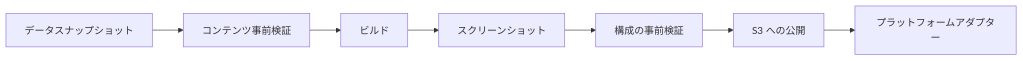
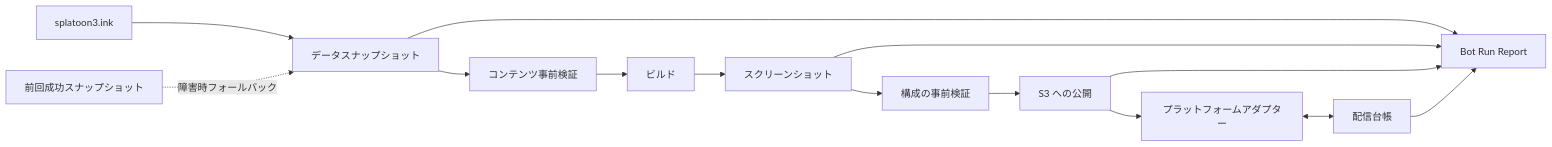
One commit to TenviLi/splatoon3-bot changed the first of 2 diagrams in README.ja.md. Above: the diagram before and after it, drawn with Mermaid. The commit also changed other lines of this file and 56 other files, not shown here.

````diff
--- a/README.ja.md
+++ b/README.ja.md
@@ -206,9 +206,16 @@
 ```mermaid
 flowchart LR
-  snapshot["データスナップショット"] --> content["コンテンツ事前検証"]
+  upstream["splatoon3.ink"] --> snapshot["データスナップショット"]
+  lastGood["前回成功スナップショット"] -. "障害時フォールバック" .-> snapshot
+  snapshot --> content["コンテンツ事前検証"]
   content --> build["ビルド"]
   build --> screenshots["スクリーンショット"]
   screenshots --> config["構成の事前検証"]
   config --> publish["S3 への公開"]
   publish --> adapters["プラットフォームアダプター"]
+  adapters <--> ledger["配信台帳"]
+  snapshot --> report["Bot Run Report"]
+  screenshots --> report
+  publish --> report
+  ledger --> report
 ```
````
